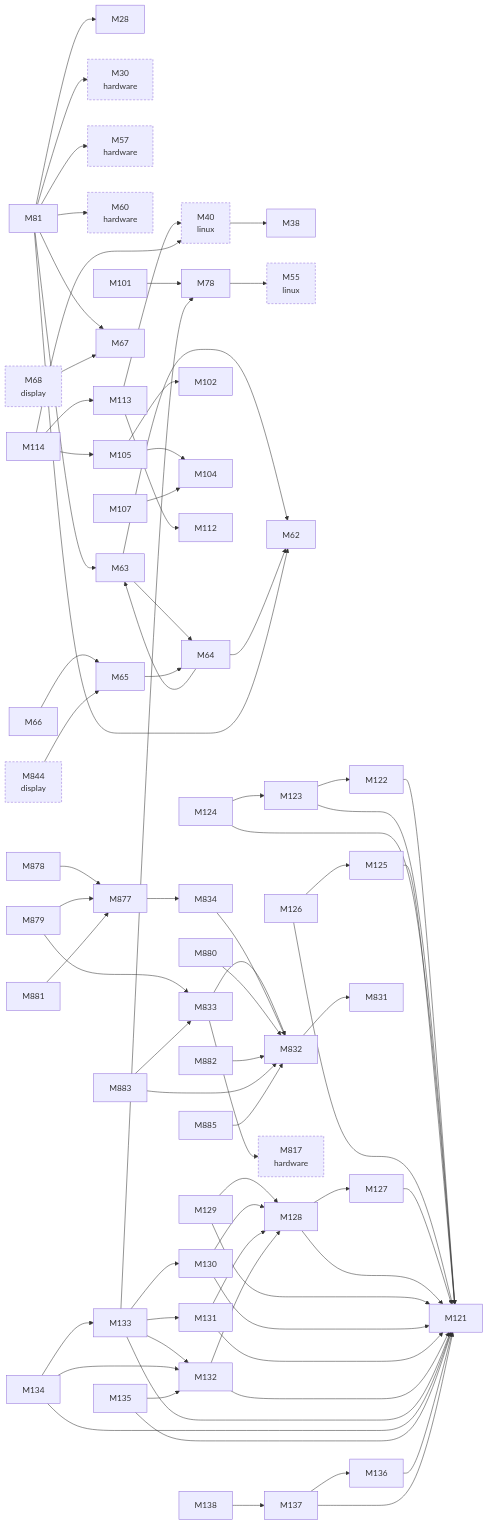
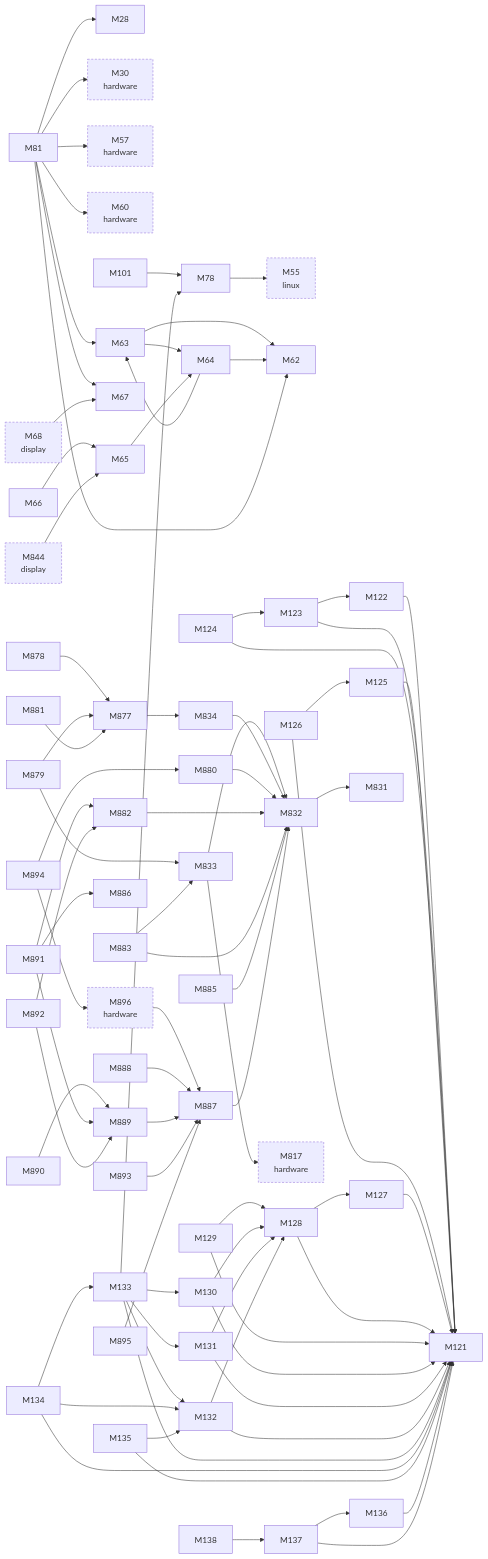
Before and after one commit to D-Ogi/amdgpu-wddm: the second of 3 diagrams in docs/facts/graphs/kmd.md, drawn with Mermaid. The commit also changed 119 other files, not shown here.

````diff
--- a/docs/facts/graphs/kmd.md
+++ b/docs/facts/graphs/kmd.md
@@ -74,8 +88,6 @@
 flowchart LR
   M28["M28"]
   M30["M30<br/>hardware"]
-  M38["M38"]
-  M40["M40<br/>linux"]
   M55["M55<br/>linux"]
   M57["M57<br/>hardware"]
   M60["M60<br/>hardware"]
@@ -89,13 +101,6 @@
   M78["M78"]
   M81["M81"]
   M101["M101"]
-  M102["M102"]
-  M104["M104"]
-  M105["M105"]
-  M107["M107"]
-  M112["M112"]
-  M113["M113"]
-  M114["M114"]
   M121["M121"]
   M122["M122"]
   M123["M123"]
@@ -128,6 +133,18 @@
   M882["M882"]
   M883["M883"]
   M885["M885"]
+  M886["M886"]
+  M887["M887"]
+  M888["M888"]
+  M889["M889"]
+  M890["M890"]
+  M891["M891"]
+  M892["M892"]
+  M893["M893"]
+  M894["M894"]
+  M895["M895"]
+  M896["M896<br/>hardware"]
+  M896 --> M887
   M63 --> M62
   M63 --> M64
   M64 --> M62
@@ -143,14 +160,6 @@
   M81 --> M63
   M81 --> M67
   M101 --> M78
-  M105 --> M102
-  M105 --> M104
-  M107 --> M104
-  M113 --> M40
-  M113 --> M112
-  M114 --> M40
-  M114 --> M105
-  M114 --> M113
   M122 --> M121
   M123 --> M121
   M123 --> M122
@@ -198,9 +207,21 @@
   M883 --> M832
   M883 --> M833
   M885 --> M832
+  M887 --> M832
+  M888 --> M887
+  M889 --> M887
+  M890 --> M889
+  M891 --> M882
+  M891 --> M886
+  M891 --> M889
+  M892 --> M882
+  M892 --> M889
+  M893 --> M887
+  M894 --> M880
+  M894 --> M896
+  M895 --> M887
   M68 --> M67
   M844 --> M65
-  M40 --> M38
   classDef other stroke-dasharray:4 3
-  class M30,M40,M55,M57,M60,M68,M817,M844 other
+  class M30,M55,M57,M60,M68,M817,M844,M896 other
 ```
````
